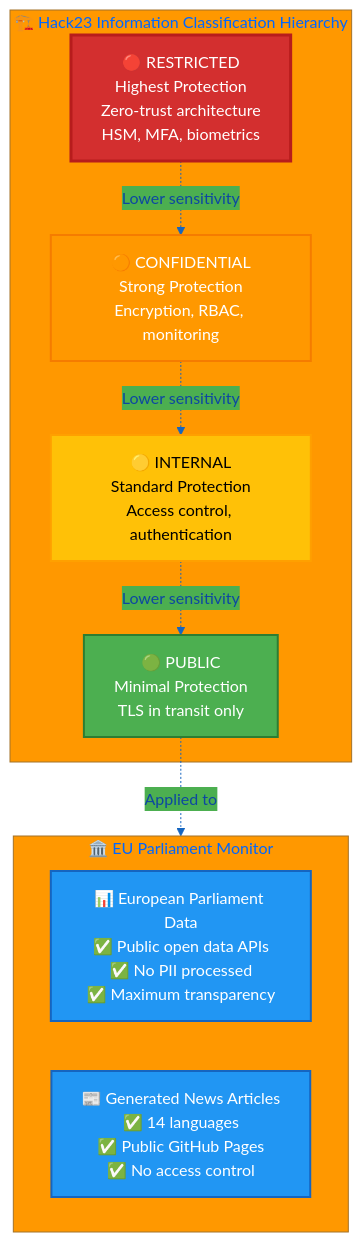
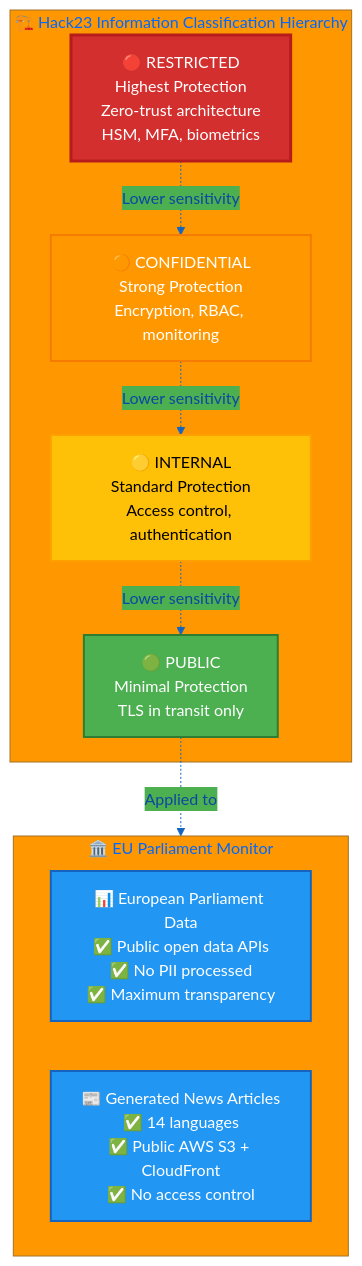
One commit to Hack23/euparliamentmonitor changed the second of 4 diagrams in CLASSIFICATION.md. Above: the diagram before and after it, drawn with Mermaid. The commit also changed other lines of this file, not shown here.

Commit message:
docs: fix infrastructure references from GitHub Pages/Cloudflare to AWS S3+CloudFront

````diff
--- a/CLASSIFICATION.md
+++ b/CLASSIFICATION.md
@@ -216,44 +216,44 @@
 ```mermaid
 %%{
   init: {
     'theme': 'base',
     'themeVariables': {
       'primaryColor': '#1565C0',
       'primaryTextColor': '#0D47A1',
       'lineColor': '#1565C0',
       'secondaryColor': '#4CAF50',
       'tertiaryColor': '#FF9800'
     }
   }
 }%%
 graph TB
     subgraph HIERARCHY["🏗️ Hack23 Information Classification Hierarchy"]
         RESTRICTED[🔴 RESTRICTED<br/>Highest Protection<br/>Zero-trust architecture<br/>HSM, MFA, biometrics]
         CONFIDENTIAL[🟠 CONFIDENTIAL<br/>Strong Protection<br/>Encryption, RBAC, monitoring]
         INTERNAL[🟡 INTERNAL<br/>Standard Protection<br/>Access control, authentication]
         PUBLIC[🟢 PUBLIC<br/>Minimal Protection<br/>TLS in transit only]
     end
     
     RESTRICTED -.->|Lower sensitivity| CONFIDENTIAL
     CONFIDENTIAL -.->|Lower sensitivity| INTERNAL
     INTERNAL -.->|Lower sensitivity| PUBLIC
     
     subgraph EP_MONITOR["🏛️ EU Parliament Monitor"]
         EP_DATA[📊 European Parliament Data<br/>✅ Public open data APIs<br/>✅ No PII processed<br/>✅ Maximum transparency]
-        EP_NEWS[📰 Generated News Articles<br/>✅ 14 languages<br/>✅ Public GitHub Pages<br/>✅ No access control]
+        EP_NEWS[📰 Generated News Articles<br/>✅ 14 languages<br/>✅ Public AWS S3 + CloudFront<br/>✅ No access control]
     end
     
     PUBLIC -.->|Applied to| EP_MONITOR
     
     classDef critical fill:#D32F2F,stroke:#B71C1C,stroke-width:3px,color:#ffffff
     classDef high fill:#FF9800,stroke:#F57C00,stroke-width:2px,color:#ffffff
     classDef medium fill:#FFC107,stroke:#FFA000,stroke-width:2px,color:#000000
     classDef low fill:#4CAF50,stroke:#2E7D32,stroke-width:2px,color:#ffffff
     classDef epmonitor fill:#2196F3,stroke:#1565C0,stroke-width:2px,color:#ffffff
     
     class RESTRICTED critical
     class CONFIDENTIAL high
     class INTERNAL medium
     class PUBLIC low
     class EP_DATA,EP_NEWS epmonitor
 ```
````
